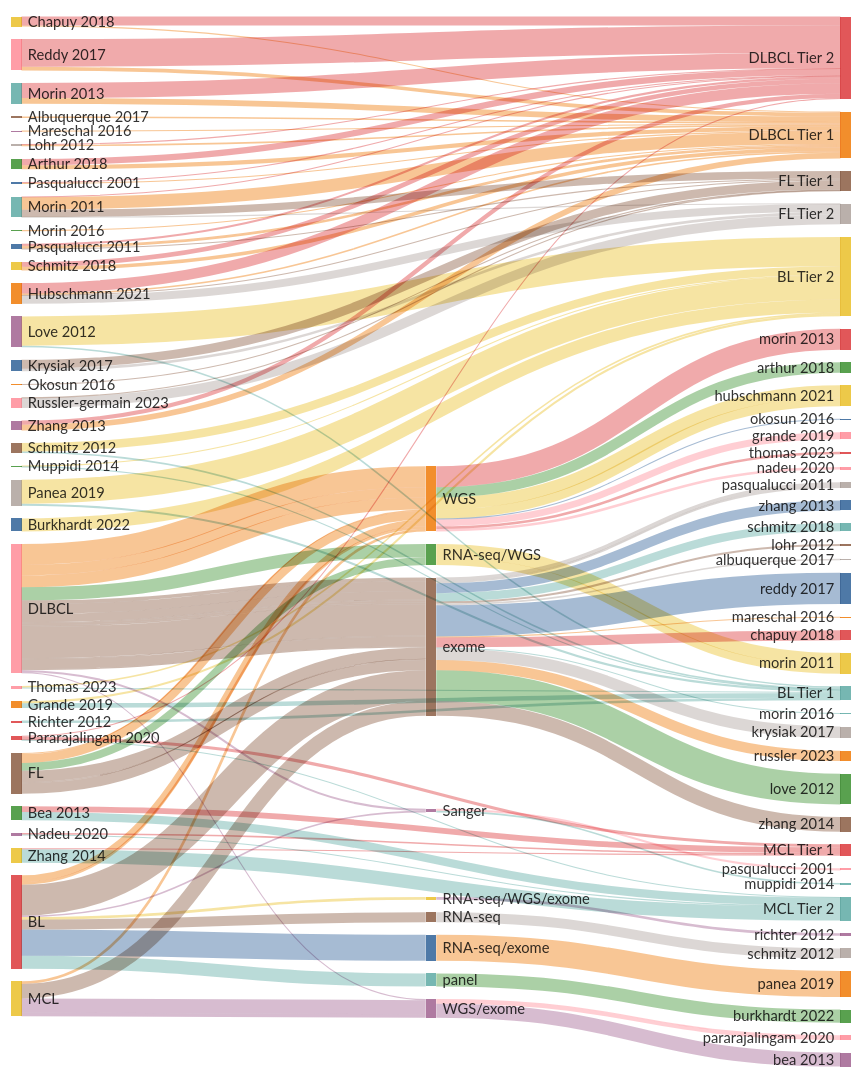
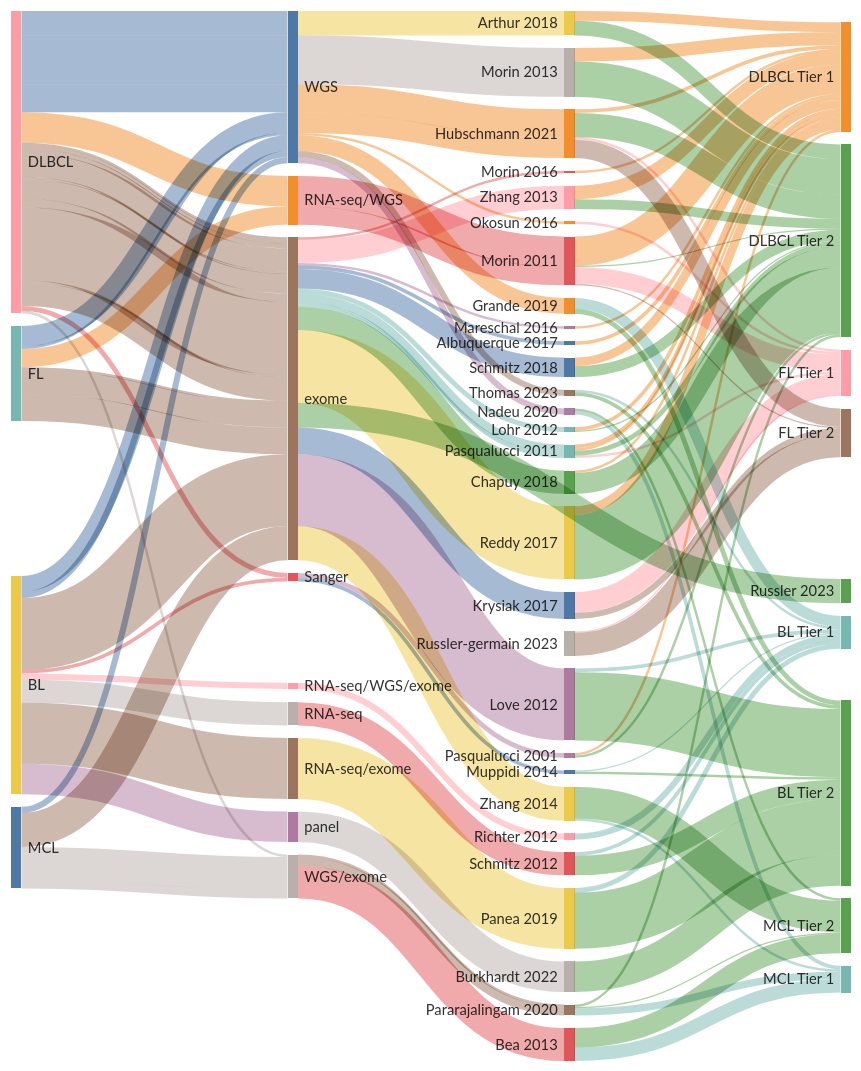
The diagram in all_sankey.md (morinlab/lymphopedia), drawn with Mermaid before and after one commit. The commit also changed other lines of this file and 2 other files, not shown here.

````diff
--- a/all_sankey.md
+++ b/all_sankey.md
@@ -7,133 +6,134 @@
     linkColor: target
     width: 800
     height: 1000
+    nodeAlignment: right
 ---
 sankey-beta
-Pasqualucci 2001, DLBCL Tier 1, 2
-Pasqualucci 2001, DLBCL Tier 2, 2
-Morin 2011, DLBCL Tier 1, 24
-Morin 2011, DLBCL Tier 2, 1
+Albuquerque 2017, DLBCL Tier 1, 3
 Morin 2016, DLBCL Tier 1, 2
-Chapuy 2018, DLBCL Tier 1, 2
-Chapuy 2018, DLBCL Tier 2, 17
-Mareschal 2016, DLBCL Tier 1, 2
-Reddy 2017, DLBCL Tier 1, 7
-Reddy 2017, DLBCL Tier 2, 53
-Albuquerque 2017, DLBCL Tier 1, 3
 Lohr 2012, DLBCL Tier 1, 3
 Lohr 2012, DLBCL Tier 2, 1
-Pasqualucci 2011, DLBCL Tier 1, 2
-Hubschmann 2021, DLBCL Tier 1, 3
-Hubschmann 2021, DLBCL Tier 2, 20
+Arthur 2018, DLBCL Tier 1, 8
+Arthur 2018, DLBCL Tier 2, 12
+Mareschal 2016, DLBCL Tier 1, 2
+Zhang 2013, DLBCL Tier 1, 11
+Zhang 2013, DLBCL Tier 2, 8
 Pararajalingam 2020, DLBCL Tier 2, 2
 Morin 2013, DLBCL Tier 1, 11
 Morin 2013, DLBCL Tier 2, 29
-Arthur 2018, DLBCL Tier 1, 8
-Arthur 2018, DLBCL Tier 2, 12
 Schmitz 2018, DLBCL Tier 1, 7
 Schmitz 2018, DLBCL Tier 2, 9
+Hubschmann 2021, DLBCL Tier 1, 3
+Hubschmann 2021, DLBCL Tier 2, 20
+Morin 2011, DLBCL Tier 1, 24
+Morin 2011, DLBCL Tier 2, 1
 Pasqualucci 2011, DLBCL Tier 1, 3
 Pasqualucci 2011, DLBCL Tier 2, 4
-Zhang 2013, DLBCL Tier 1, 11
-Zhang 2013, DLBCL Tier 2, 8
+Chapuy 2018, DLBCL Tier 1, 2
+Chapuy 2018, DLBCL Tier 2, 17
+Reddy 2017, DLBCL Tier 1, 7
+Reddy 2017, DLBCL Tier 2, 53
+Pasqualucci 2001, DLBCL Tier 1, 2
+Pasqualucci 2001, DLBCL Tier 2, 2
+Pasqualucci 2011, DLBCL Tier 1, 2
+Pasqualucci 2011, FL Tier 1, 2
+Morin 2011, FL Tier 1, 14
+Morin 2011, FL Tier 2, 1
 Russler-germain 2023, FL Tier 1, 1
 Russler-germain 2023, FL Tier 2, 19
 Hubschmann 2021, FL Tier 1, 2
 Hubschmann 2021, FL Tier 2, 15
-Pasqualucci 2011, FL Tier 1, 2
 Krysiak 2017, FL Tier 1, 17
 Krysiak 2017, FL Tier 2, 5
 Okosun 2016, FL Tier 1, 2
-Morin 2011, FL Tier 1, 14
-Morin 2011, FL Tier 2, 1
-Richter 2012, BL Tier 1, 5
-Muppidi 2014, BL Tier 1, 1
-Muppidi 2014, BL Tier 2, 2
-Love 2012, BL Tier 1, 3
-Love 2012, BL Tier 2, 56
-Thomas 2023, BL Tier 1, 2
-Thomas 2023, BL Tier 2, 3
 Schmitz 2012, BL Tier 1, 3
 Schmitz 2012, BL Tier 2, 16
 Panea 2019, BL Tier 1, 4
 Panea 2019, BL Tier 2, 46
+Love 2012, BL Tier 1, 3
+Love 2012, BL Tier 2, 56
+Richter 2012, BL Tier 1, 5
+Thomas 2023, BL Tier 1, 2
+Thomas 2023, BL Tier 2, 3
 Burkhardt 2022, BL Tier 2, 25
+Muppidi 2014, BL Tier 1, 1
+Muppidi 2014, BL Tier 2, 2
 Grande 2019, BL Tier 1, 9
 Grande 2019, BL Tier 2, 4
-Pararajalingam 2020, MCL Tier 1, 6
-Pararajalingam 2020, MCL Tier 2, 1
 Bea 2013, MCL Tier 1, 11
 Bea 2013, MCL Tier 2, 16
 Zhang 2014, MCL Tier 1, 2
 Zhang 2014, MCL Tier 2, 26
 Nadeu 2020, MCL Tier 1, 3
 Nadeu 2020, MCL Tier 2, 2
+Pararajalingam 2020, MCL Tier 1, 6
+Pararajalingam 2020, MCL Tier 2, 1
+DLBCL, exome, 2
+exome, Morin 2016, 2
+DLBCL, exome, 3
+exome, Albuquerque 2017, 3
+DLBCL, exome, 4
+exome, Lohr 2012, 4
+DLBCL, WGS/exome, 2
+WGS/exome, Pararajalingam 2020, 2
+DLBCL, exome, 19
+exome, Zhang 2013, 19
+DLBCL, WGS, 20
+WGS, Arthur 2018, 20
+DLBCL, exome, 2
+exome, Mareschal 2016, 2
+DLBCL, exome, 16
+exome, Schmitz 2018, 16
+DLBCL, WGS, 40
+WGS, Morin 2013, 40
+DLBCL, RNA-seq/WGS, 25
+RNA-seq/WGS, Morin 2011, 25
+DLBCL, WGS, 23
+WGS, Hubschmann 2021, 23
 DLBCL, exome, 7
-exome, pasqualucci 2011, 7
+exome, Pasqualucci 2011, 7
+DLBCL, Sanger, 4
+Sanger, Pasqualucci 2001, 4
+DLBCL, exome, 60
+exome, Reddy 2017, 60
+DLBCL, exome, 2
+exome, Pasqualucci 2011, 2
 DLBCL, exome, 19
-exome, zhang 2013, 19
-DLBCL, WGS, 40
-WGS, morin 2013, 40
-DLBCL, exome, 16
-exome, schmitz 2018, 16
-DLBCL, WGS, 20
-WGS, arthur 2018, 20
-DLBCL, WGS, 23
-WGS, hubschmann 2021, 23
-DLBCL, WGS/exome, 2
-WGS/exome, pararajalingam 2020, 2
-DLBCL, exome, 2
-exome, pasqualucci 2011, 2
-DLBCL, exome, 4
-exome, lohr 2012, 4
-DLBCL, exome, 3
-exome, albuquerque 2017, 3
-DLBCL, exome, 60
-exome, reddy 2017, 60
-DLBCL, exome, 2
-exome, mareschal 2016, 2
-DLBCL, exome, 19
-exome, chapuy 2018, 19
-DLBCL, exome, 2
-exome, morin 2016, 2
-DLBCL, RNA-seq/WGS, 25
-RNA-seq/WGS, morin 2011, 25
-DLBCL, Sanger, 4
-Sanger, pasqualucci 2001, 4
+exome, Chapuy 2018, 19
+FL, exome, 2
+exome, Pasqualucci 2011, 2
+FL, WGS, 17
+WGS, Hubschmann 2021, 17
 FL, RNA-seq/WGS, 15
-RNA-seq/WGS, morin 2011, 15
+RNA-seq/WGS, Morin 2011, 15
+FL, exome, 20
+exome, Russler 2023, 20
+FL, WGS, 2
+WGS, Okosun 2016, 2
 FL, exome, 22
-exome, krysiak 2017, 22
-FL, WGS, 2
-WGS, okosun 2016, 2
-FL, WGS, 17
-WGS, hubschmann 2021, 17
-FL, exome, 2
-exome, pasqualucci 2011, 2
-FL, exome, 20
-exome, russler 2023, 20
+exome, Krysiak 2017, 22
 BL, Sanger, 3
-Sanger, muppidi 2014, 3
+Sanger, Muppidi 2014, 3
+BL, WGS, 13
+WGS, Grande 2019, 13
+BL, panel, 25
+panel, Burkhardt 2022, 25
+BL, WGS, 5
+WGS, Thomas 2023, 5
+BL, RNA-seq/WGS/exome, 5
+RNA-seq/WGS/exome, Richter 2012, 5
 BL, exome, 59
-exome, love 2012, 59
-BL, RNA-seq/WGS/exome, 5
-RNA-seq/WGS/exome, richter 2012, 5
-BL, WGS, 13
-WGS, grande 2019, 13
+exome, Love 2012, 59
+BL, RNA-seq/exome, 50
+RNA-seq/exome, Panea 2019, 50
 BL, RNA-seq, 19
-RNA-seq, schmitz 2012, 19
-BL, RNA-seq/exome, 50
-RNA-seq/exome, panea 2019, 50
-BL, WGS, 5
-WGS, thomas 2023, 5
-BL, panel, 25
-panel, burkhardt 2022, 25
+RNA-seq, Schmitz 2012, 19
+MCL, WGS, 5
+WGS, Nadeu 2020, 5
 MCL, WGS/exome, 27
-WGS/exome, bea 2013, 27
+WGS/exome, Bea 2013, 27
+MCL, exome, 28
+exome, Zhang 2014, 28
 MCL, WGS/exome, 7
-WGS/exome, pararajalingam 2020, 7
-MCL, WGS, 5
-WGS, nadeu 2020, 5
-MCL, exome, 28
-exome, zhang 2014, 28
+WGS/exome, Pararajalingam 2020, 7
 ```
````
